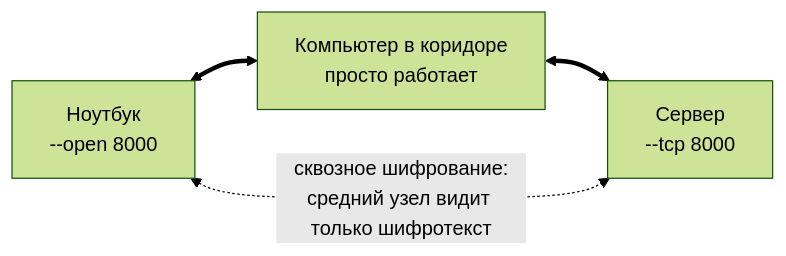
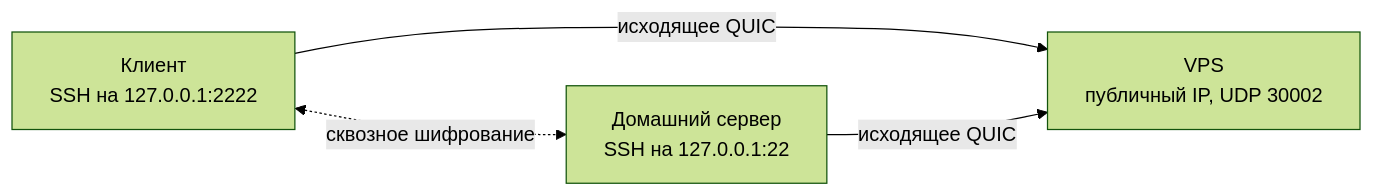
Before and after one commit to crazy-tosser3/Quokka: the diagram in README.md, drawn with Mermaid (forest theme). The commit also changed other lines of this file and 36 other files, not shown here.

````diff
--- a/README.md
+++ b/README.md
@@ -45,6 +72,6 @@
 ```mermaid
 flowchart LR
-    A["Ноутбук<br/>--open 8000"] <==> B["Компьютер в коридоре<br/>просто работает"]
-    B <==> C["Сервер<br/>--tcp 8000"]
-    A <-. "сквозное шифрование:<br/>средний узел видит только шифротекст" .-> C
+    C["Клиент<br/>SSH на 127.0.0.1:2222"] -- "исходящее QUIC" --> V["VPS<br/>публичный IP, UDP 30002"]
+    H["Домашний сервер<br/>SSH на 127.0.0.1:22"] -- "исходящее QUIC" --> V
+    C <-. "сквозное шифрование" .-> H
 ```
````
